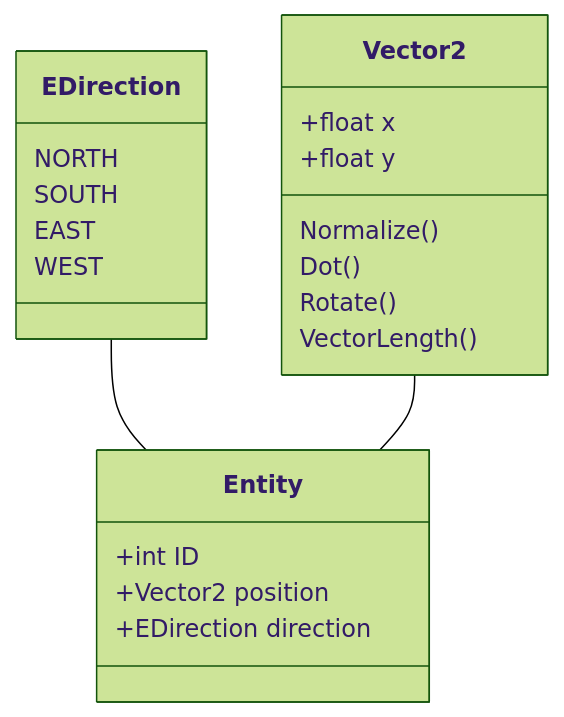
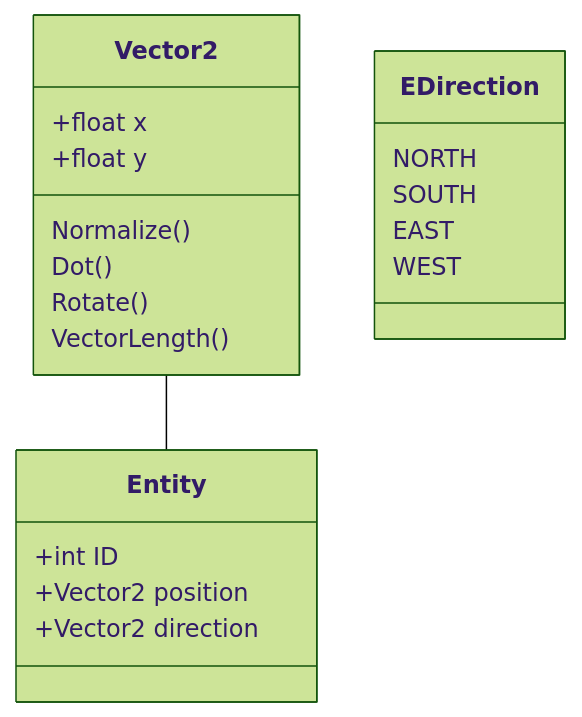
One commit to EwanBurnett/GDB-Tech-Test changed the diagram in ReadMe.md. Above: the diagram before and after it, drawn with Mermaid (forest theme). The commit also changed other lines of this file and 3 other files, not shown here.

````diff
--- a/ReadMe.md
+++ b/ReadMe.md
@@ -54,26 +57,25 @@
 ```mermaid
 classDiagram
-	EDirection -- Entity
 	Vector2 -- Entity
 	class Vector2{
 		+float x
 		+float y
 		Normalize()
 		Dot()
 		Rotate()
 		VectorLength()
 	}
 	
 	class EDirection{
 		NORTH
 		SOUTH
 		EAST
 		WEST
 	}
 	
 	class Entity{
 		+int ID
 		+Vector2 position
-		+EDirection direction
+		+Vector2 direction
 	}
 ```
````
